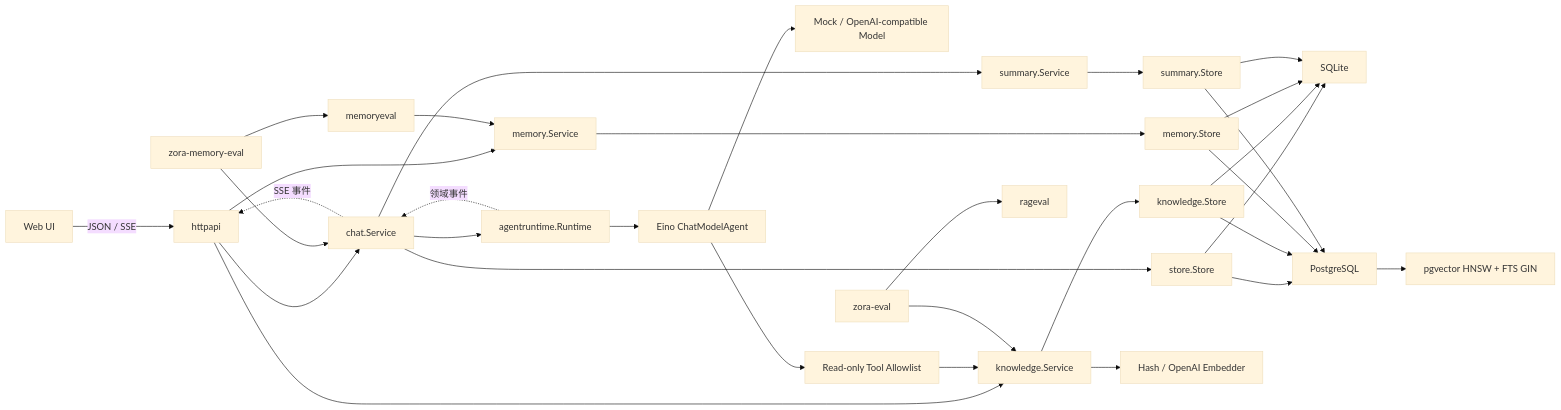
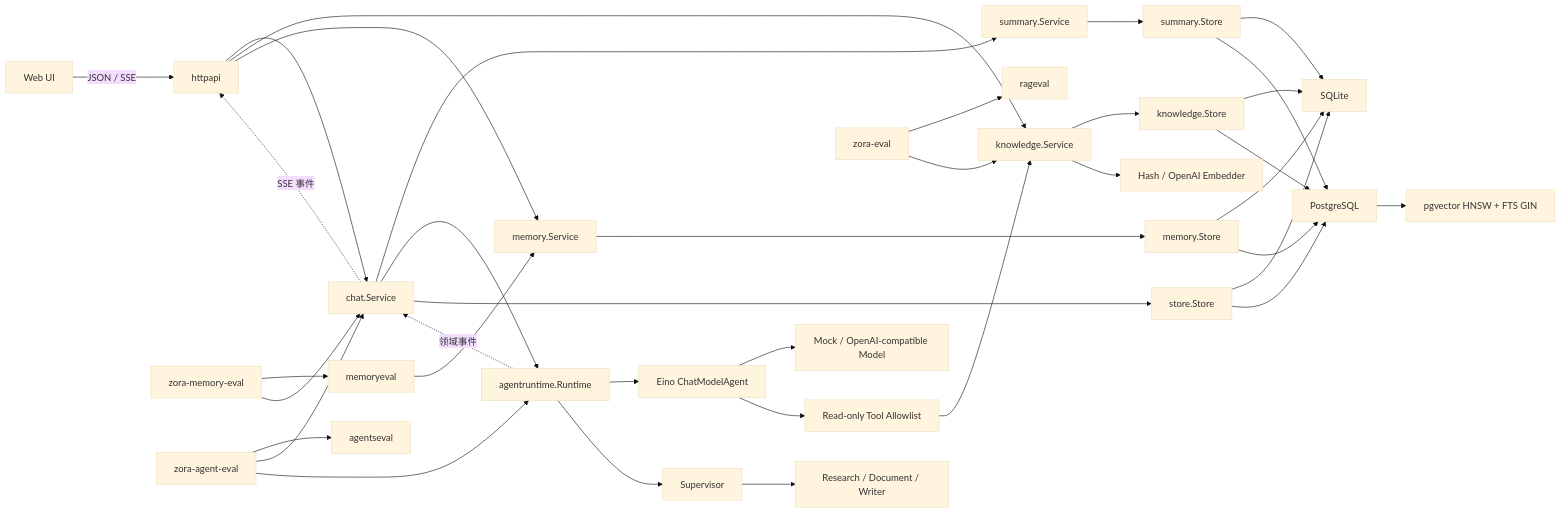
One commit to zora-DD/zora changed the sixth of 6 diagrams in docs/project-analysis.md. Above: the diagram before and after it, drawn with Mermaid (base theme). The commit also changed other lines of this file and 25 other files, not shown here.

````diff
--- a/docs/project-analysis.md
+++ b/docs/project-analysis.md
@@ -374,35 +384,40 @@
 ```mermaid
 flowchart LR
     Browser["Web UI"] -->|"JSON / SSE"| HTTP["httpapi"]
     HTTP --> Chat["chat.Service"]
     HTTP --> Knowledge["knowledge.Service"]
     HTTP --> Memory["memory.Service"]
     Chat --> Summary["summary.Service"]
     Chat --> Runtime["agentruntime.Runtime"]
     Runtime --> ADK["Eino ChatModelAgent"]
     ADK --> Model["Mock / OpenAI-compatible Model"]
     ADK --> Tools["Read-only Tool Allowlist"]
     Tools --> Knowledge
     Chat --> Store["store.Store"]
     Knowledge --> KStore["knowledge.Store"]
     Memory --> MStore["memory.Store"]
     Summary --> SStore["summary.Store"]
     Store --> SQLite["SQLite"]
     KStore --> SQLite
     MStore --> SQLite
     SStore --> SQLite
     Store --> PostgreSQL["PostgreSQL"]
     KStore --> PostgreSQL
     MStore --> PostgreSQL
     SStore --> PostgreSQL
     PostgreSQL --> PGVector["pgvector HNSW + FTS GIN"]
     Knowledge --> Embedder["Hash / OpenAI Embedder"]
     EvalCLI["zora-eval"] --> RAGEval["rageval"]
     EvalCLI --> Knowledge
     MemoryEvalCLI["zora-memory-eval"] --> MemoryEval["memoryeval"]
     MemoryEvalCLI --> Chat
     MemoryEval --> Memory
+    AgentEvalCLI["zora-agent-eval"] --> AgentEval["agentseval"]
+    AgentEvalCLI --> Chat
+    AgentEvalCLI --> Runtime
+    Runtime --> Supervisor["Supervisor"]
+    Supervisor --> Specialists["Research / Document / Writer"]
 
     Runtime -. "领域事件" .-> Chat
     Chat -. "SSE 事件" .-> HTTP
 ```
````
